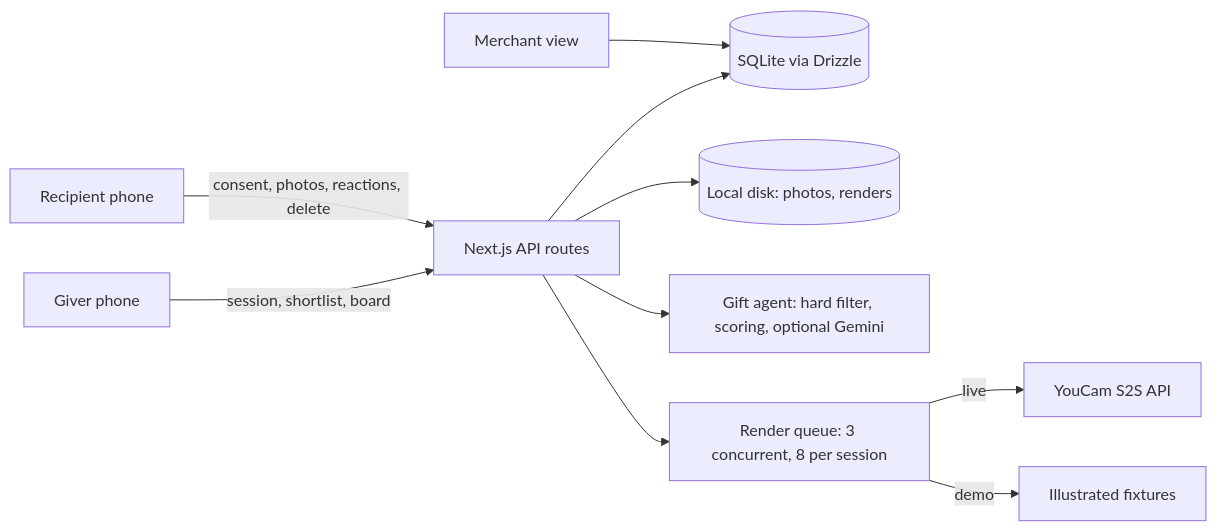
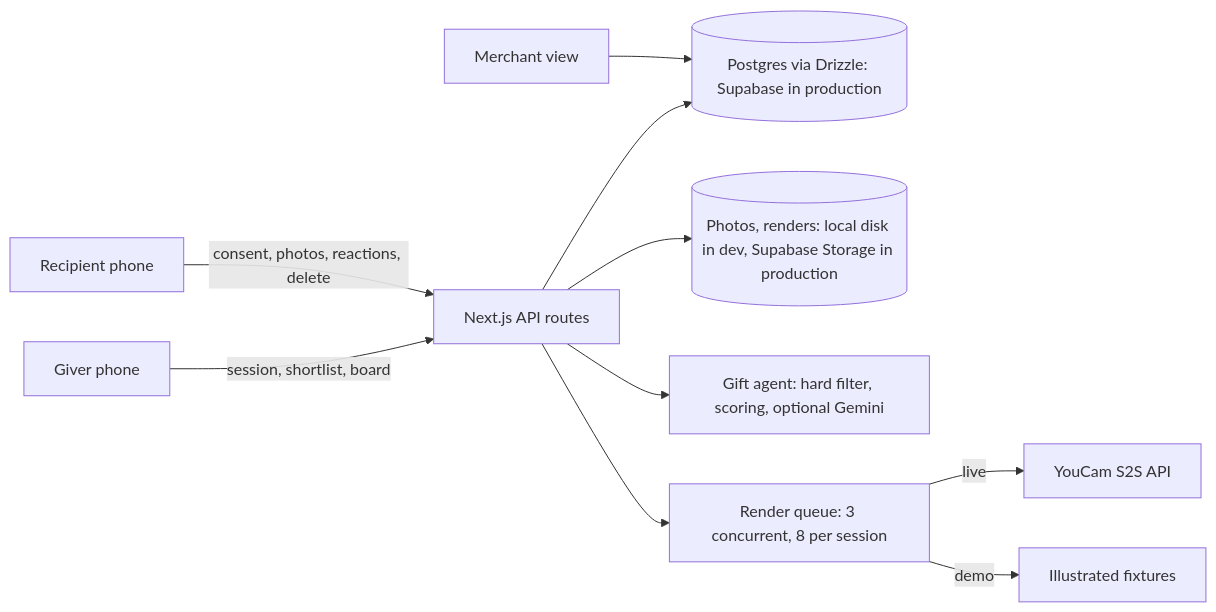
Before and after one commit to usmaniam/giftfit: the diagram in README.md, drawn with Mermaid. The commit also changed other lines of this file and 49 other files, not shown here.

Commit message:
Migrate to Supabase Postgres + Vercel

````diff
--- a/README.md
+++ b/README.md
@@ -92,12 +87,12 @@
 ```mermaid
 flowchart LR
   G[Giver phone] -->|session, shortlist, board| API[Next.js API routes]
   R[Recipient phone] -->|consent, photos, reactions, delete| API
-  API --> DB[(SQLite via Drizzle)]
-  API --> FS[(Local disk: photos, renders)]
+  API --> DB[(Postgres via Drizzle: Supabase in production)]
+  API --> FS[(Photos, renders: local disk in dev, Supabase Storage in production)]
   API --> AG[Gift agent: hard filter, scoring, optional Gemini]
   API --> Q[Render queue: 3 concurrent, 8 per session]
   Q -->|live| YC[YouCam S2S API]
   Q -->|demo| FX[Illustrated fixtures]
   M[Merchant view] --> DB
 ```
````
